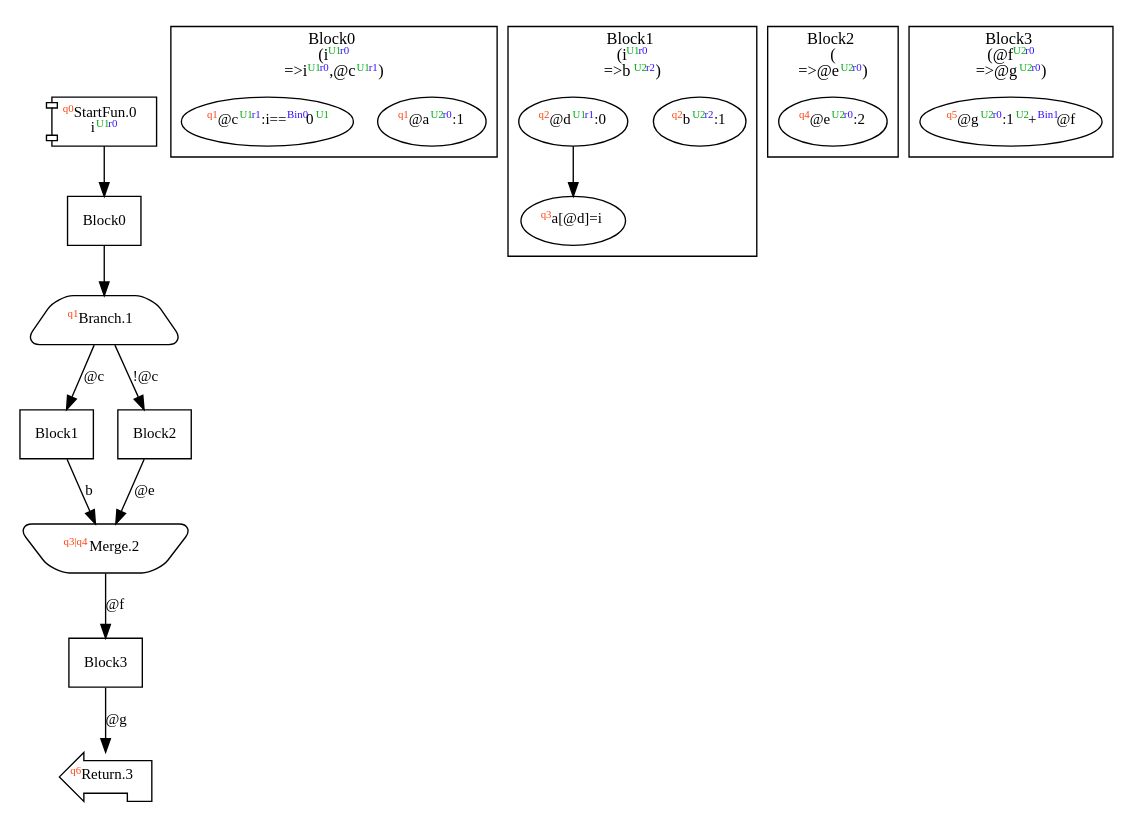
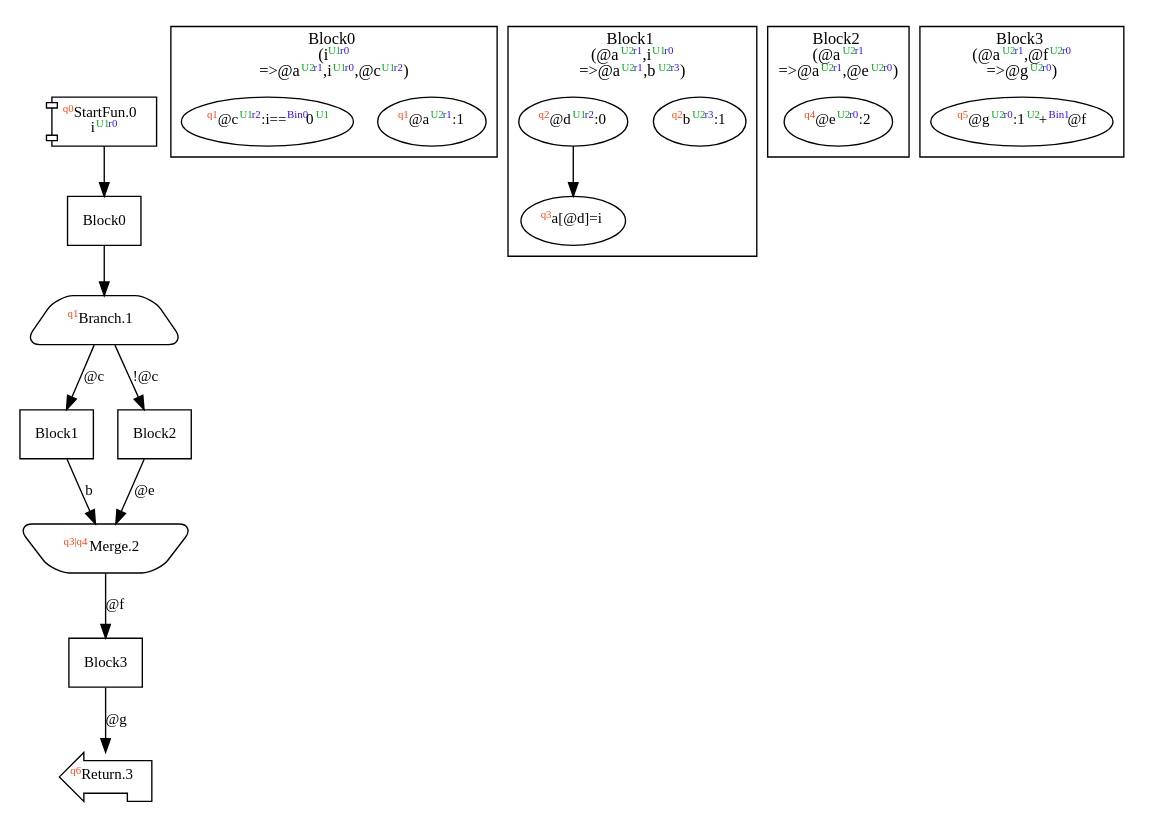
Before and after one commit to akouryy/SyntheScala: the diagram in dist/complexIf.dot, drawn with Graphviz. The commit also changed 13 other files, not shown here.

```diff
--- a/dist/complexIf.dot
+++ b/dist/complexIf.dot
@@ -1,48 +1,48 @@
 digraph Program_ {
   graph [fontname = "Monaco", fontsize = 12, ranksep = 0.5];
   node [shape = box, fontname = "Monaco", fontsize = 11; colorscheme = pastel19];
   edge [fontname = "Monaco", fontsize = 11; colorscheme = pastel19];
   Jump0[label = <<font color="#ff4411" point-size="8"><sup>q0</sup></font>StartFun.0<br/>i<font color="#00aa11" point-size="8"><sup>U1</sup></font><font color="#3311ff" point-size="8"><sup>r0</sup></font>>; shape = component];
   Jump0 -> Block0;
   Jump1[
     label = <<font color="#ff4411" point-size="8"><sup>q1</sup></font>Branch.1>;
     shape = trapezium; style = rounded;
   ];
   Block0 -> Jump1;
   Jump1 -> Block1 [label=<@c>];
   Jump1 -> Block2 [label=<!@c>];
   Jump2[label = <<font color="#ff4411" point-size="8"><sup>q3|q4</sup></font>Merge.2>; shape = invtrapezium; style = rounded];
   Block1 -> Jump2 [label=<b>];
   Block2 -> Jump2 [label=<@e>];
   Jump2 -> Block3 [label=<@f>];
   Jump3[label = <<font color="#ff4411" point-size="8"><sup>q6</sup></font>Return.3>; shape = lpromoter];
   Block3 -> Jump3 [label=<@g>];
   Block0 [label = "Block0"];
   Block1 [label = "Block1"];
   Block2 [label = "Block2"];
   Block3 [label = "Block3"];
   subgraph cluster_dfg_Block0 {
     node [shape = oval];
-    label = <Block0<br/>(i<font color="#00aa11" point-size="8"><sup>U1</sup></font><font color="#3311ff" point-size="8"><sup>r0</sup></font><br/>=&gt;i<font color="#00aa11" point-size="8"><sup>U1</sup></font><font color="#3311ff" point-size="8"><sup>r0</sup></font>,@c<font color="#00aa11" point-size="8"><sup>U1</sup></font><font color="#3311ff" point-size="8"><sup>r1</sup></font>)>;
-    0 [label=<<font color="#ff4411" point-size="8"><sup>q1</sup></font>@a<font color="#00aa11" point-size="8"><sup>U2</sup></font><font color="#3311ff" point-size="8"><sup>r0</sup></font>:1>];
-    2 [label=<<font color="#ff4411" point-size="8"><sup>q1</sup></font>@c<font color="#00aa11" point-size="8"><sup>U1</sup></font><font color="#3311ff" point-size="8"><sup>r1</sup></font>:i==<font color="#3311ff" point-size="8"><sup>Bin0</sup></font>0<font color="#00aa11" point-size="8"><sup>U1</sup></font>>];
+    label = <Block0<br/>(i<font color="#00aa11" point-size="8"><sup>U1</sup></font><font color="#3311ff" point-size="8"><sup>r0</sup></font><br/>=&gt;@a<font color="#00aa11" point-size="8"><sup>U2</sup></font><font color="#3311ff" point-size="8"><sup>r1</sup></font>,i<font color="#00aa11" point-size="8"><sup>U1</sup></font><font color="#3311ff" point-size="8"><sup>r0</sup></font>,@c<font color="#00aa11" point-size="8"><sup>U1</sup></font><font color="#3311ff" point-size="8"><sup>r2</sup></font>)>;
+    0 [label=<<font color="#ff4411" point-size="8"><sup>q1</sup></font>@a<font color="#00aa11" point-size="8"><sup>U2</sup></font><font color="#3311ff" point-size="8"><sup>r1</sup></font>:1>];
+    2 [label=<<font color="#ff4411" point-size="8"><sup>q1</sup></font>@c<font color="#00aa11" point-size="8"><sup>U1</sup></font><font color="#3311ff" point-size="8"><sup>r2</sup></font>:i==<font color="#3311ff" point-size="8"><sup>Bin0</sup></font>0<font color="#00aa11" point-size="8"><sup>U1</sup></font>>];
   }
   subgraph cluster_dfg_Block1 {
     node [shape = oval];
-    label = <Block1<br/>(i<font color="#00aa11" point-size="8"><sup>U1</sup></font><font color="#3311ff" point-size="8"><sup>r0</sup></font><br/>=&gt;b<font color="#00aa11" point-size="8"><sup>U2</sup></font><font color="#3311ff" point-size="8"><sup>r2</sup></font>)>;
-    3 [label=<<font color="#ff4411" point-size="8"><sup>q2</sup></font>b<font color="#00aa11" point-size="8"><sup>U2</sup></font><font color="#3311ff" point-size="8"><sup>r2</sup></font>:1>];
-    4 [label=<<font color="#ff4411" point-size="8"><sup>q2</sup></font>@d<font color="#00aa11" point-size="8"><sup>U1</sup></font><font color="#3311ff" point-size="8"><sup>r1</sup></font>:0>];
+    label = <Block1<br/>(@a<font color="#00aa11" point-size="8"><sup>U2</sup></font><font color="#3311ff" point-size="8"><sup>r1</sup></font>,i<font color="#00aa11" point-size="8"><sup>U1</sup></font><font color="#3311ff" point-size="8"><sup>r0</sup></font><br/>=&gt;@a<font color="#00aa11" point-size="8"><sup>U2</sup></font><font color="#3311ff" point-size="8"><sup>r1</sup></font>,b<font color="#00aa11" point-size="8"><sup>U2</sup></font><font color="#3311ff" point-size="8"><sup>r3</sup></font>)>;
+    3 [label=<<font color="#ff4411" point-size="8"><sup>q2</sup></font>b<font color="#00aa11" point-size="8"><sup>U2</sup></font><font color="#3311ff" point-size="8"><sup>r3</sup></font>:1>];
+    4 [label=<<font color="#ff4411" point-size="8"><sup>q2</sup></font>@d<font color="#00aa11" point-size="8"><sup>U1</sup></font><font color="#3311ff" point-size="8"><sup>r2</sup></font>:0>];
     5 [label=<<font color="#ff4411" point-size="8"><sup>q3</sup></font>a[@d&#93;=i>];
     4 -> 5;
   }
   subgraph cluster_dfg_Block2 {
     node [shape = oval];
-    label = <Block2<br/>(<br/>=&gt;@e<font color="#00aa11" point-size="8"><sup>U2</sup></font><font color="#3311ff" point-size="8"><sup>r0</sup></font>)>;
+    label = <Block2<br/>(@a<font color="#00aa11" point-size="8"><sup>U2</sup></font><font color="#3311ff" point-size="8"><sup>r1</sup></font><br/>=&gt;@a<font color="#00aa11" point-size="8"><sup>U2</sup></font><font color="#3311ff" point-size="8"><sup>r1</sup></font>,@e<font color="#00aa11" point-size="8"><sup>U2</sup></font><font color="#3311ff" point-size="8"><sup>r0</sup></font>)>;
     6 [label=<<font color="#ff4411" point-size="8"><sup>q4</sup></font>@e<font color="#00aa11" point-size="8"><sup>U2</sup></font><font color="#3311ff" point-size="8"><sup>r0</sup></font>:2>];
   }
   subgraph cluster_dfg_Block3 {
     node [shape = oval];
-    label = <Block3<br/>(@f<font color="#00aa11" point-size="8"><sup>U2</sup></font><font color="#3311ff" point-size="8"><sup>r0</sup></font><br/>=&gt;@g<font color="#00aa11" point-size="8"><sup>U2</sup></font><font color="#3311ff" point-size="8"><sup>r0</sup></font>)>;
+    label = <Block3<br/>(@a<font color="#00aa11" point-size="8"><sup>U2</sup></font><font color="#3311ff" point-size="8"><sup>r1</sup></font>,@f<font color="#00aa11" point-size="8"><sup>U2</sup></font><font color="#3311ff" point-size="8"><sup>r0</sup></font><br/>=&gt;@g<font color="#00aa11" point-size="8"><sup>U2</sup></font><font color="#3311ff" point-size="8"><sup>r0</sup></font>)>;
     7 [label=<<font color="#ff4411" point-size="8"><sup>q5</sup></font>@g<font color="#00aa11" point-size="8"><sup>U2</sup></font><font color="#3311ff" point-size="8"><sup>r0</sup></font>:1<font color="#00aa11" point-size="8"><sup>U2</sup></font>+<font color="#3311ff" point-size="8"><sup>Bin1</sup></font>@f>];
   }
 }
```
